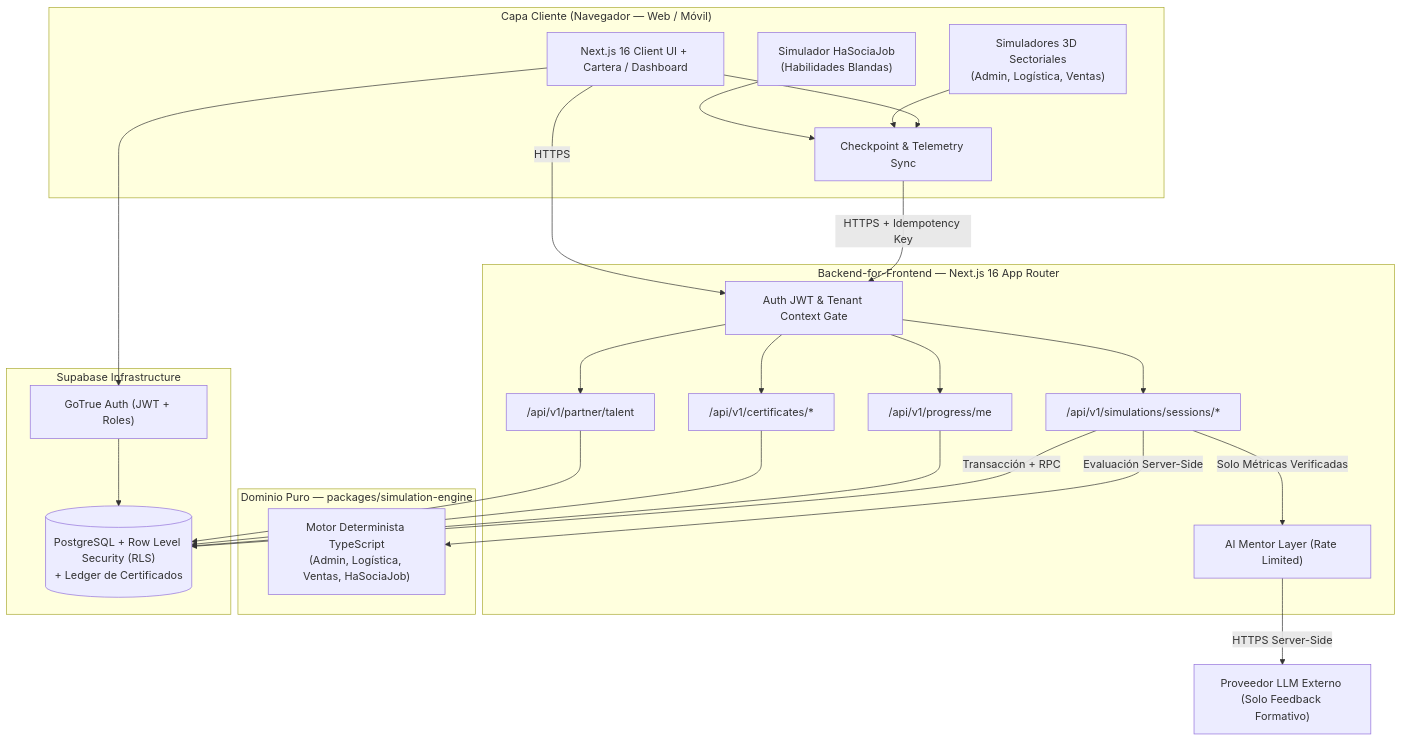
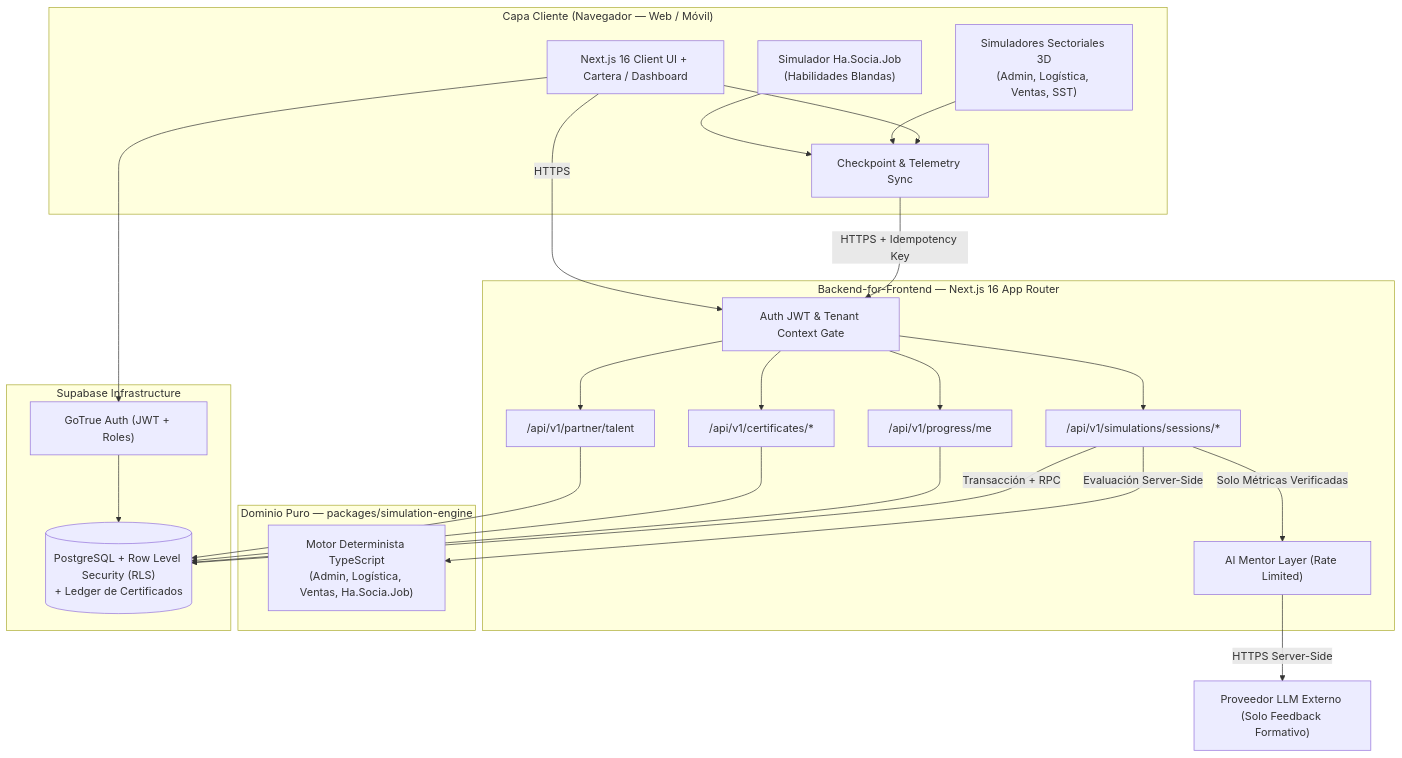
One commit to waxmorales/portal-job changed the first of 2 diagrams in README.md. Above: the diagram before and after it, drawn with Mermaid. The commit also changed other lines of this file and 7 other files, not shown here.

Commit message:
docs(architecture): integrate Ideaton INEI/MTPE research, ManPowerGroup regions, Ley 29733, and ADR-005 stack evolution

````diff
--- a/README.md
+++ b/README.md
@@ -60,48 +65,48 @@
 ```mermaid
 flowchart TB
     subgraph Client["Capa Cliente (Navegador — Web / Móvil)"]
         UI["Next.js 16 Client UI + Cartera / Dashboard"]
-        SIM_TECH["Simuladores 3D Sectoriales<br/>(Admin, Logística, Ventas)"]
-        SIM_SOFT["Simulador HaSociaJob<br/>(Habilidades Blandas)"]
+        SIM_TECH["Simuladores Sectoriales 3D<br/>(Admin, Logística, Ventas, SST)"]
+        SIM_SOFT["Simulador Ha.Socia.Job<br/>(Habilidades Blandas)"]
         SYNC["Checkpoint & Telemetry Sync"]
         UI --> SYNC
         SIM_TECH --> SYNC
         SIM_SOFT --> SYNC
     end
 
     subgraph BFF["Backend-for-Frontend — Next.js 16 App Router"]
         MW["Auth JWT & Tenant Context Gate"]
         API_SESS["/api/v1/simulations/sessions/*"]
         API_PROG["/api/v1/progress/me"]
         API_CERT["/api/v1/certificates/*"]
         API_B2B["/api/v1/partner/talent"]
         AI_COACH["AI Mentor Layer (Rate Limited)"]
     end
 
     subgraph Core["Dominio Puro — packages/simulation-engine"]
-        ENG["Motor Determinista TypeScript<br/>(Admin, Logística, Ventas, HaSociaJob)"]
+        ENG["Motor Determinista TypeScript<br/>(Admin, Logística, Ventas, Ha.Socia.Job)"]
     end
 
     subgraph Data["Supabase Infrastructure"]
         AUTH["GoTrue Auth (JWT + Roles)"]
         PG[("PostgreSQL + Row Level Security (RLS)<br/>+ Ledger de Certificados")]
     end
 
     LLM["Proveedor LLM Externo (Solo Feedback Formativo)"]
 
     SYNC -->|"HTTPS + Idempotency Key"| MW
     UI -->|"HTTPS"| MW
     MW --> API_SESS
     MW --> API_PROG
     MW --> API_CERT
     MW --> API_B2B
     API_SESS -->|"Evaluación Server-Side"| ENG
     API_SESS -->|"Transacción + RPC"| PG
     API_SESS -->|"Solo Métricas Verificadas"| AI_COACH
     AI_COACH -->|"HTTPS Server-Side"| LLM
     API_PROG --> PG
     API_CERT --> PG
     API_B2B --> PG
     UI --> AUTH
     AUTH --> PG
 ```
````
